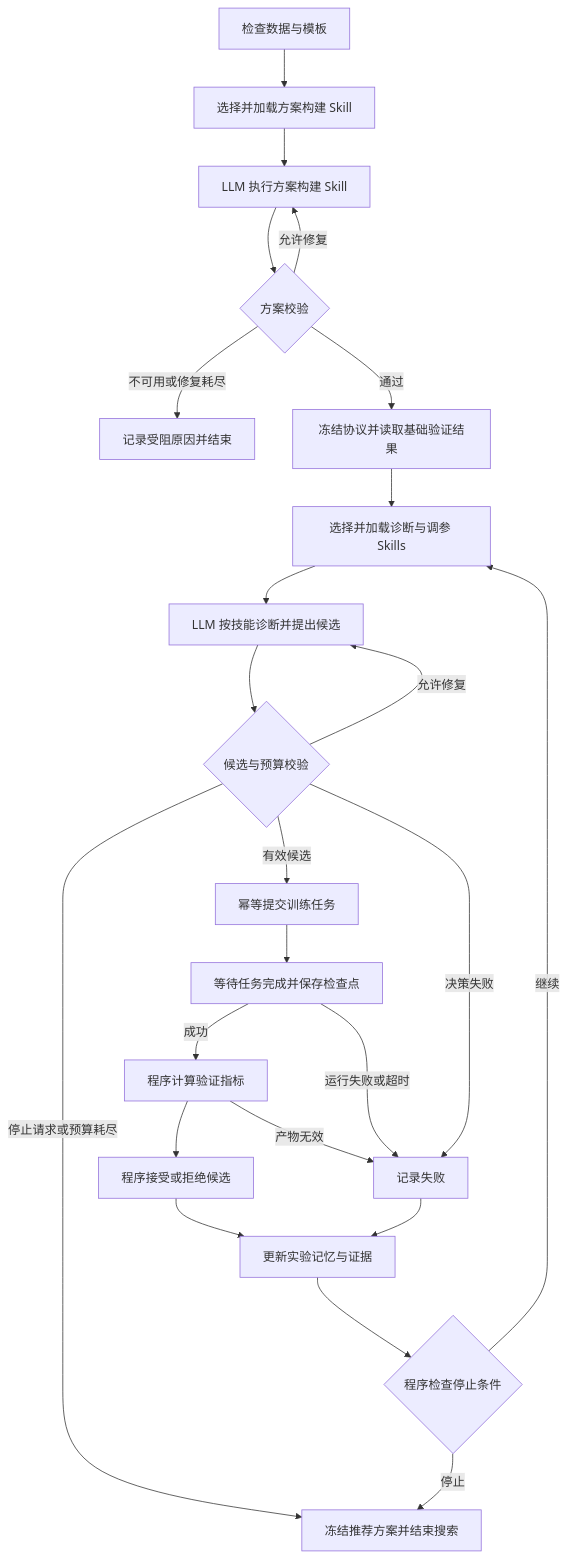
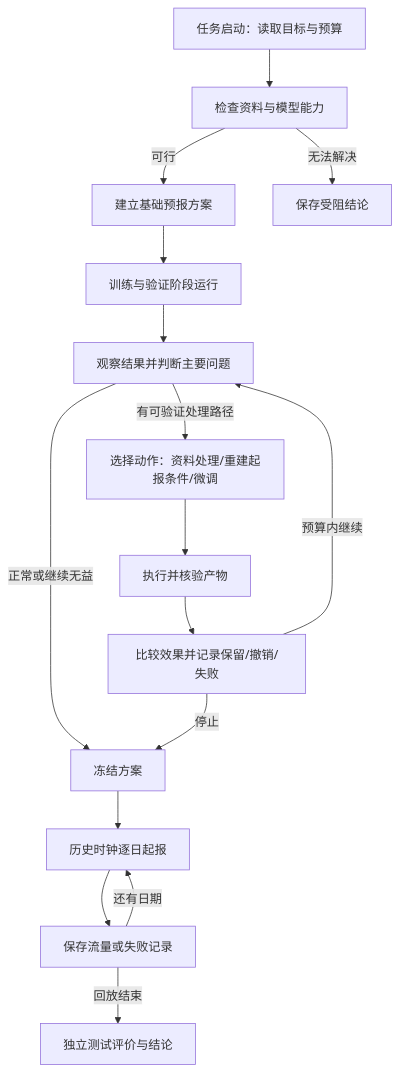
One commit to Inupedia/hydro-agent changed the diagram in docs/基于智能体的水文预报方案构建及参数优化系统 V1.0 开发实施方案.md. Above: the diagram before and after it, drawn with Mermaid. The commit also changed other lines of this file and 2 other files, not shown here.

````diff
--- a/docs/基于智能体的水文预报方案构建及参数优化系统 V1.0 开发实施方案.md
+++ b/docs/基于智能体的水文预报方案构建及参数优化系统 V1.0 开发实施方案.md
@@ -282,26 +111,18 @@
 ```mermaid
 flowchart TD
-    A[检查数据与模板] --> S[选择并加载方案构建 Skill]
-    S --> B[LLM 执行方案构建 Skill]
-    B --> C{方案校验}
-    C -->|允许修复| B
-    C -->|不可用或修复耗尽| X[记录受阻原因并结束]
-    C -->|通过| D[冻结协议并读取基础验证结果]
-    D --> T[选择并加载诊断与调参 Skills]
-    T --> E[LLM 按技能诊断并提出候选]
-    E --> F{候选与预算校验}
-    F -->|允许修复| E
-    F -->|停止请求或预算耗尽| N[冻结推荐方案并结束搜索]
-    F -->|有效候选| G[幂等提交训练任务]
-    F -->|决策失败| K[记录失败]
-    G --> H[等待任务完成并保存检查点]
-    H -->|成功| I[程序计算验证指标]
-    H -->|运行失败或超时| K
-    I --> J[程序接受或拒绝候选]
-    I -->|产物无效| K
-    J --> L[更新实验记忆与证据]
-    K --> L
-    L --> M{程序检查停止条件}
-    M -->|继续| T
-    M -->|停止| N
+    S[任务启动：读取目标与预算] --> C[检查资料与模型能力]
+    C -->|可行| P[建立基础预报方案]
+    C -->|无法解决| B[保存受阻结论]
+    P --> V[训练与验证阶段运行]
+    V --> O[观察结果并判断主要问题]
+    O -->|正常或继续无益| F[冻结方案]
+    O -->|有可验证处理路径| A[选择动作：资料处理/重建起报条件/微调]
+    A --> R[执行并核验产物]
+    R --> E[比较效果并记录保留/撤销/失败]
+    E -->|预算内继续| O
+    E -->|停止| F
+    F --> H[历史时钟逐日起报]
+    H --> Q[保存流量或失败记录]
+    Q -->|还有日期| H
+    Q -->|回放结束| T[独立测试评价与结论]
 ```
````
